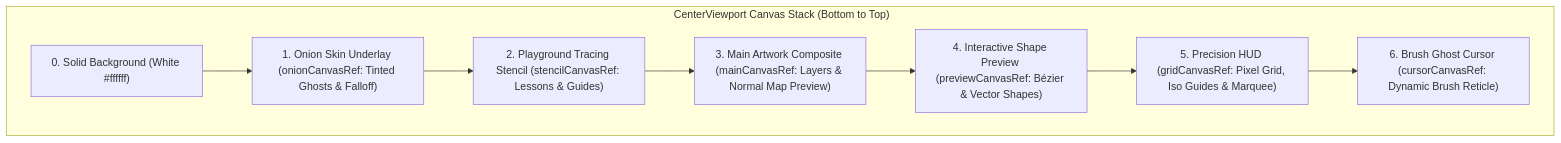
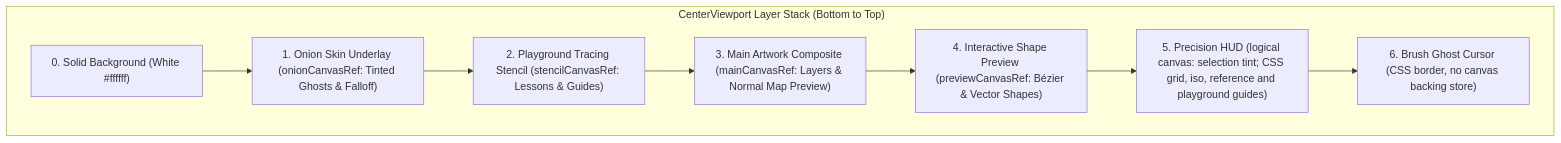
One commit to lxcario/PixiBun changed the second of 7 diagrams in ARCHITECTURE.md. Above: the diagram before and after it, drawn with Mermaid. The commit also changed other lines of this file and 38 other files, not shown here.

````diff
--- a/ARCHITECTURE.md
+++ b/ARCHITECTURE.md
@@ -61,19 +61,19 @@
 ```mermaid
 graph TD
-    subgraph Viewport_Stack ["️ CenterViewport Canvas Stack (Bottom to Top)"]
+    subgraph Viewport_Stack ["️ CenterViewport Layer Stack (Bottom to Top)"]
         L0["0. Solid Background (White #ffffff)"]
         L1["1. Onion Skin Underlay (onionCanvasRef: Tinted Ghosts & Falloff)"]
         L2["2. Playground Tracing Stencil (stencilCanvasRef: Lessons & Guides)"]
         L3["3. Main Artwork Composite (mainCanvasRef: Layers & Normal Map Preview)"]
         L4["4. Interactive Shape Preview (previewCanvasRef: Bézier & Vector Shapes)"]
-        L5["5. Precision HUD (gridCanvasRef: Pixel Grid, Iso Guides & Marquee)"]
-        L6["6. Brush Ghost Cursor (cursorCanvasRef: Dynamic Brush Reticle)"]
+        L5["5. Precision HUD (logical canvas: selection tint; CSS grid, iso, reference and playground guides)"]
+        L6["6. Brush Ghost Cursor (CSS border, no canvas backing store)"]
     end
     
     L0 --> L1
     L1 --> L2
     L2 --> L3
     L3 --> L4
     L4 --> L5
     L5 --> L6
 ```
````
